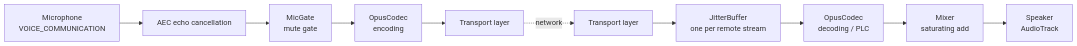
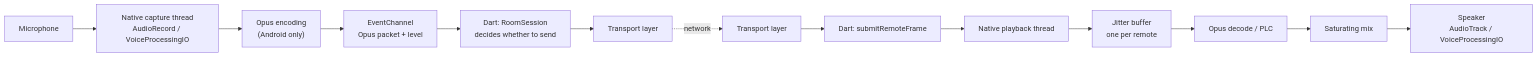
Before and after one commit to Starlordzz/sunsetripple: the diagram in docs/wiki/en/Audio-Pipeline.md, drawn with Mermaid. The commit also changed other lines of this file and 36 other files, not shown here.

````diff
--- a/docs/wiki/en/Audio-Pipeline.md
+++ b/docs/wiki/en/Audio-Pipeline.md
@@ -35,12 +29,15 @@
 ```mermaid
 flowchart LR
-    MIC["Microphone<br/>VOICE_COMMUNICATION"] --> AEC["AEC echo cancellation"]
-    AEC --> GATE["MicGate<br/>mute gate"]
-    GATE --> ENC["OpusCodec<br/>encoding"]
-    ENC --> TX["Transport layer"]
+    MIC["Microphone"] --> CAP["Native capture thread<br/>AudioRecord / VoiceProcessingIO"]
+    CAP --> ENC["Opus encoding<br/>(Android only)"]
+    ENC --> EV["EventChannel<br/>Opus packet + level"]
+    EV --> DART["Dart: RoomSession<br/>decides whether to send"]
+    DART --> TX["Transport layer"]
     TX -.->|"network"| RX["Transport layer"]
-    RX --> JB["JitterBuffer<br/>one per remote stream"]
-    JB --> DEC["OpusCodec<br/>decoding / PLC"]
-    DEC --> MIX["Mixer<br/>saturating add"]
-    MIX --> SPK["Speaker<br/>AudioTrack"]
+    RX --> SUB["Dart: submitRemoteFrame"]
+    SUB --> PB["Native playback thread"]
+    PB --> JB["Jitter buffer<br/>one per remote"]
+    JB --> DEC["Opus decode / PLC"]
+    DEC --> MIX["Saturating mix"]
+    MIX --> SPK["Speaker<br/>AudioTrack / VoiceProcessingIO"]
 ```
````
